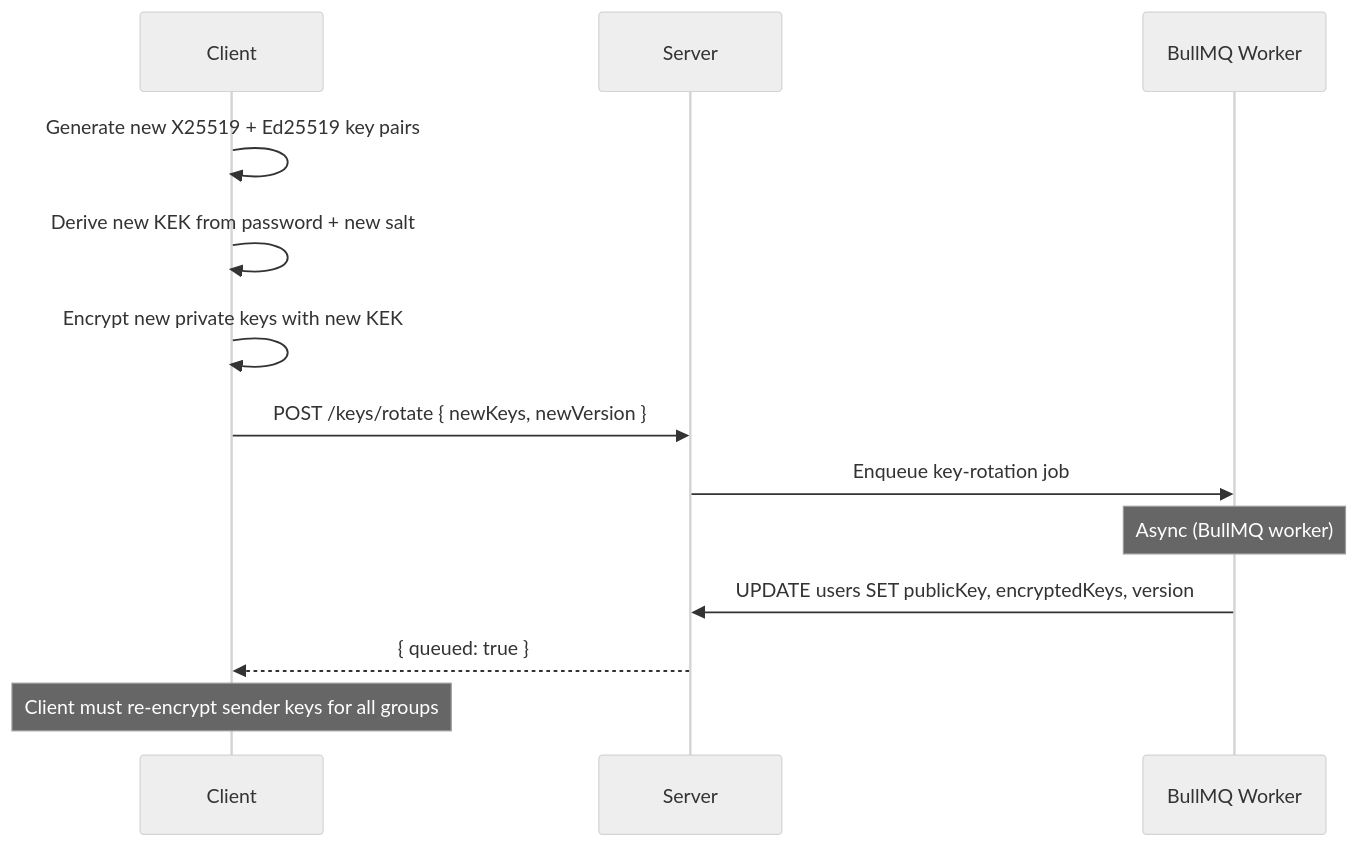
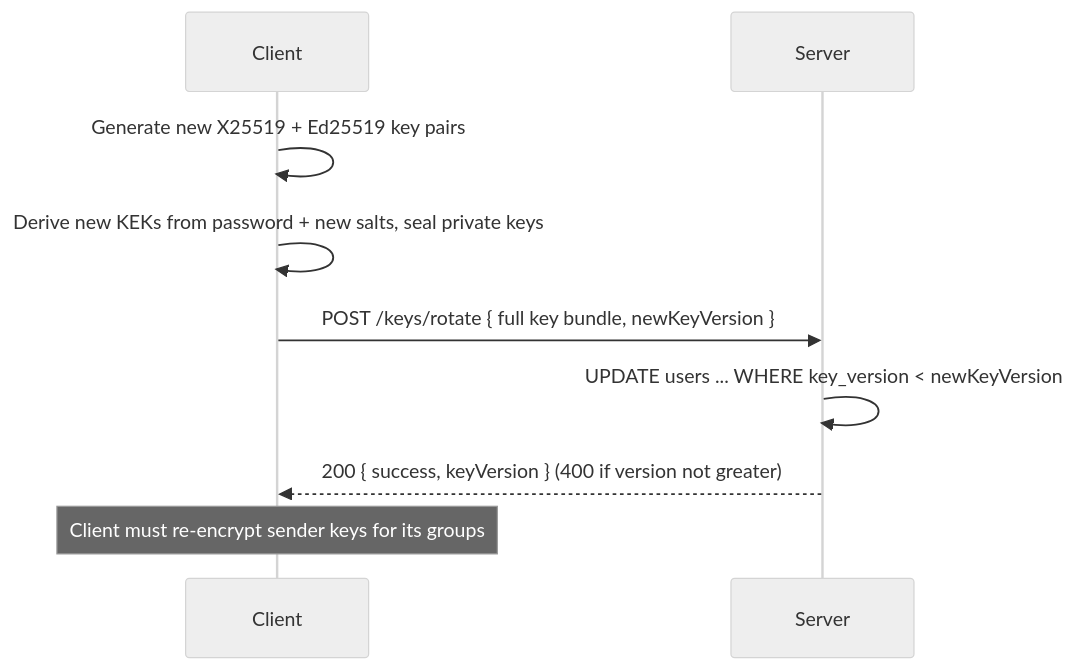
Before and after one commit to BazilSuhail/ZEVRA-Server: the fourth of 7 diagrams in README.md, drawn with Mermaid (neutral theme). The commit also changed other lines of this file and 125 other files, not shown here.

````diff
--- a/README.md
+++ b/README.md
@@ -166,20 +152,13 @@
 ```mermaid
 sequenceDiagram
     participant C as Client
     participant S as Server
-    participant Q as BullMQ Worker
 
     C->>C: Generate new X25519 + Ed25519 key pairs
-    C->>C: Derive new KEK from password + new salt
-    C->>C: Encrypt new private keys with new KEK
-    C->>S: POST /keys/rotate { newKeys, newVersion }
+    C->>C: Derive new KEKs from password + new salts, seal private keys
+    C->>S: POST /keys/rotate { full key bundle, newKeyVersion }
+    S->>S: UPDATE users ... WHERE key_version < newKeyVersion
+    S-->>C: 200 { success, keyVersion } (400 if version not greater)
 
-    S->>Q: Enqueue key-rotation job
-
-    Note over Q: Async (BullMQ worker)
-    Q->>S: UPDATE users SET publicKey, encryptedKeys, version
-
-    S-->>C: { queued: true }
-
-    Note over C: Client must re-encrypt sender keys for all groups
+    Note over C: Client must re-encrypt sender keys for its groups
 ```
````
